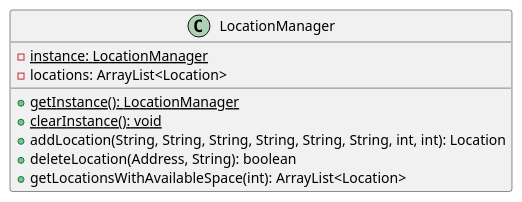
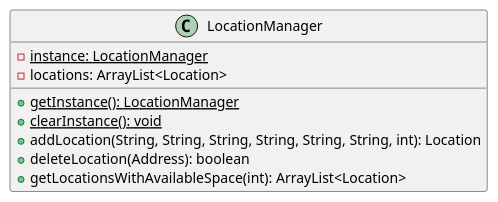
One commit to fh-erfurt/1234Altwagen changed the diagram in readmeFiles/LocationManager.iuml. Above: the diagram before and after it, drawn with PlantUML. The commit also changed 7 other files, not shown here.

Commit message:
fixed UML Diagrams

```diff
--- a/readmeFiles/LocationManager.iuml
+++ b/readmeFiles/LocationManager.iuml
@@ -1,11 +1,11 @@
 @startuml
 class LocationManager {
     {static} -instance: LocationManager
     -locations: ArrayList<Location>
     {static} +getInstance(): LocationManager
     {static} +clearInstance(): void
-    +addLocation(String, String, String, String, String, String, int, int): Location
-    +deleteLocation(Address, String): boolean
+    +addLocation(String, String, String, String, String, String, int): Location
+    +deleteLocation(Address): boolean
     +getLocationsWithAvailableSpace(int): ArrayList<Location>
 }
 @enduml
```
